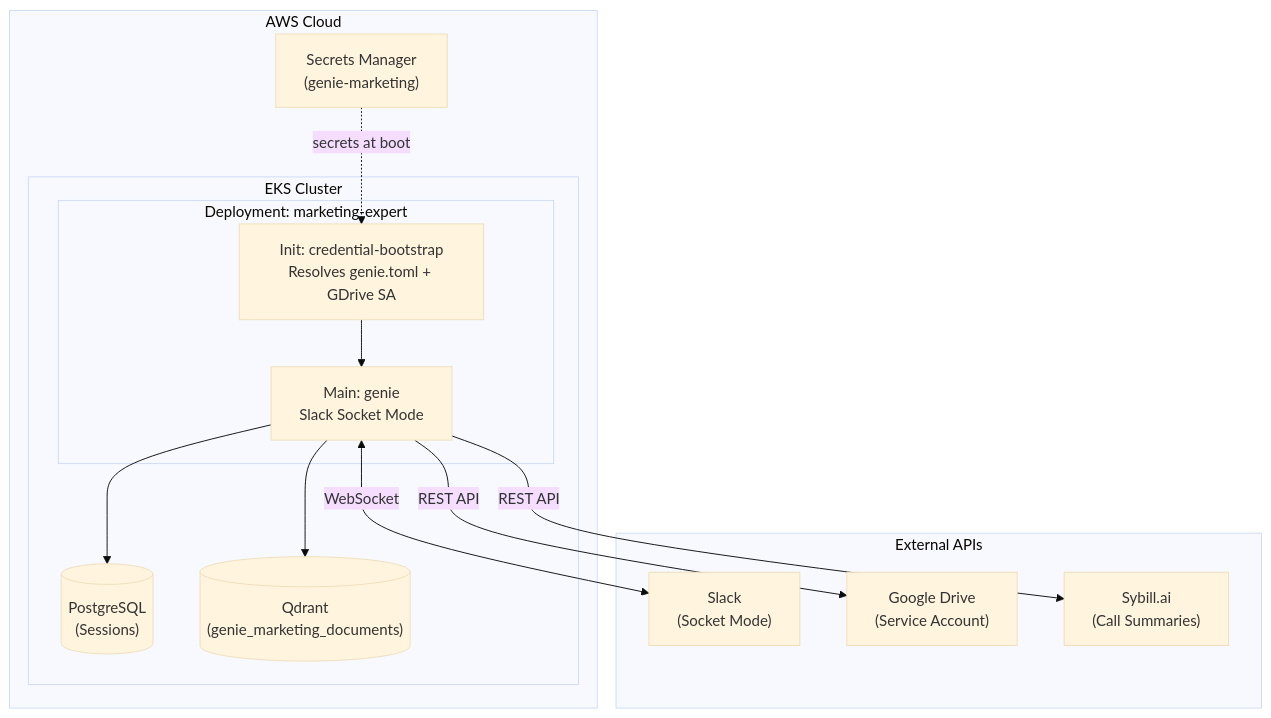
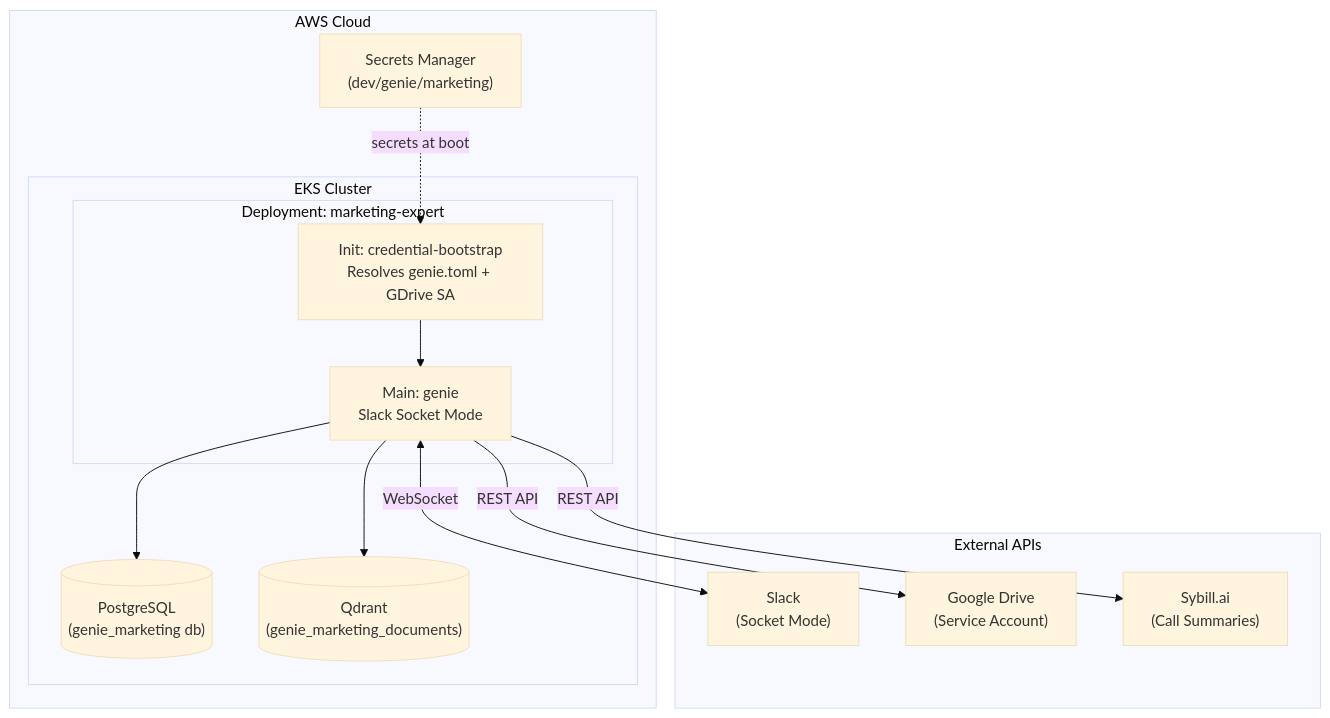
The diagram in examples/marketing-expert/README.md (stackgenhq/genie), drawn with Mermaid (base theme) before and after one commit. The commit also changed other lines of this file and 18 other files, not shown here.

````diff
--- a/examples/marketing-expert/README.md
+++ b/examples/marketing-expert/README.md
@@ -7,31 +9,31 @@
 ```mermaid
 graph TB
     subgraph AWS [AWS Cloud]
-        SM["Secrets Manager<br/>(genie-marketing)"]
+        SM["Secrets Manager<br/>(dev/genie/marketing)"]
 
         subgraph EKS [EKS Cluster]
             subgraph Deploy [Deployment: marketing-expert]
                 Init["Init: credential-bootstrap<br/>Resolves genie.toml + GDrive SA"]
                 Main["Main: genie<br/>Slack Socket Mode"]
                 Init --> Main
             end
             
-            PG[("PostgreSQL<br/>(Sessions)")]
+            PG[("PostgreSQL<br/>(genie_marketing db)")]
             QD[("Qdrant<br/>(genie_marketing_documents)")]
         end
     end
 
     subgraph External [External APIs]
         Slack["Slack<br/>(Socket Mode)"]
         GDrive["Google Drive<br/>(Service Account)"]
         Sybill["Sybill.ai<br/>(Call Summaries)"]
     end
 
     %% Connections
     SM -.->|secrets at boot| Init
     Main <-->|WebSocket| Slack
     Main -->|REST API| GDrive
     Main -->|REST API| Sybill
     Main --> PG
     Main --> QD
 ```
````
